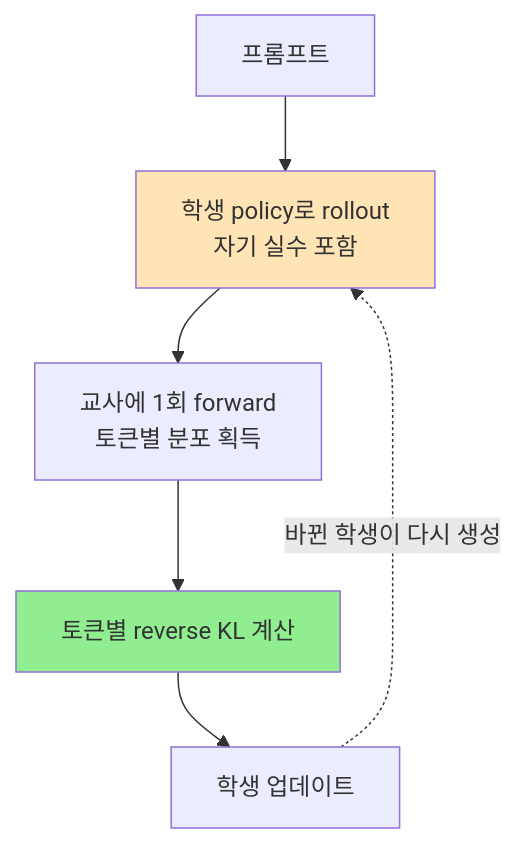
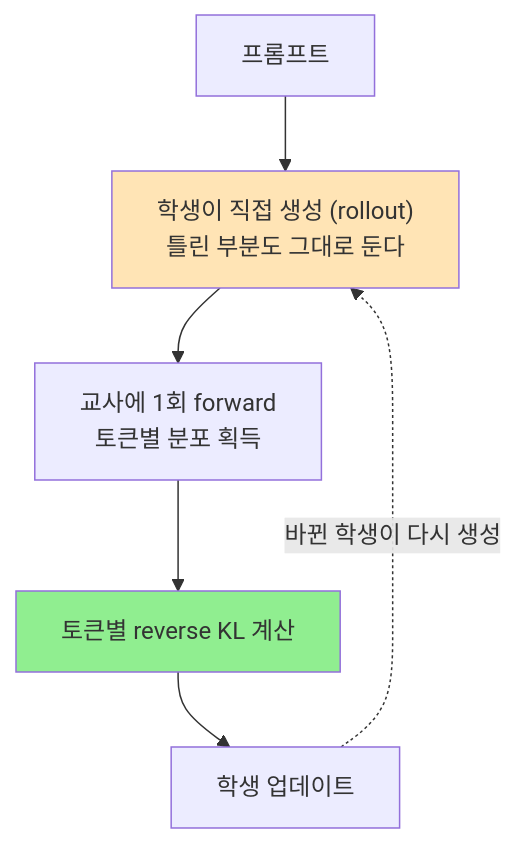
The diagram in content/machine_learning/generative_ai/LLM/on-policy distillation.md (zzong2006/zzong2006.github.io), drawn with Mermaid before and after one commit. The commit also changed other lines of this file, not shown here.

Commit message:
Sync readability fixes: rollout node, cross-references, projection row

````diff
--- a/content/machine_learning/generative_ai/LLM/on-policy distillation.md
+++ b/content/machine_learning/generative_ai/LLM/on-policy distillation.md
@@ -100,10 +100,10 @@
 ```mermaid
 flowchart TD
-    P["프롬프트"] --> S["학생 policy로 rollout<br/>자기 실수 포함"]
+    P["프롬프트"] --> S["학생이 직접 생성 (rollout)<br/>틀린 부분도 그대로 둔다"]
     S --> T["교사에 1회 forward<br/>토큰별 분포 획득"]
     T --> K["토큰별 reverse KL 계산"]
     K --> U["학생 업데이트"]
     U -.->|바뀐 학생이 다시 생성| S
     style S fill:#FFE4B5
     style K fill:#90EE90
 ```
````
